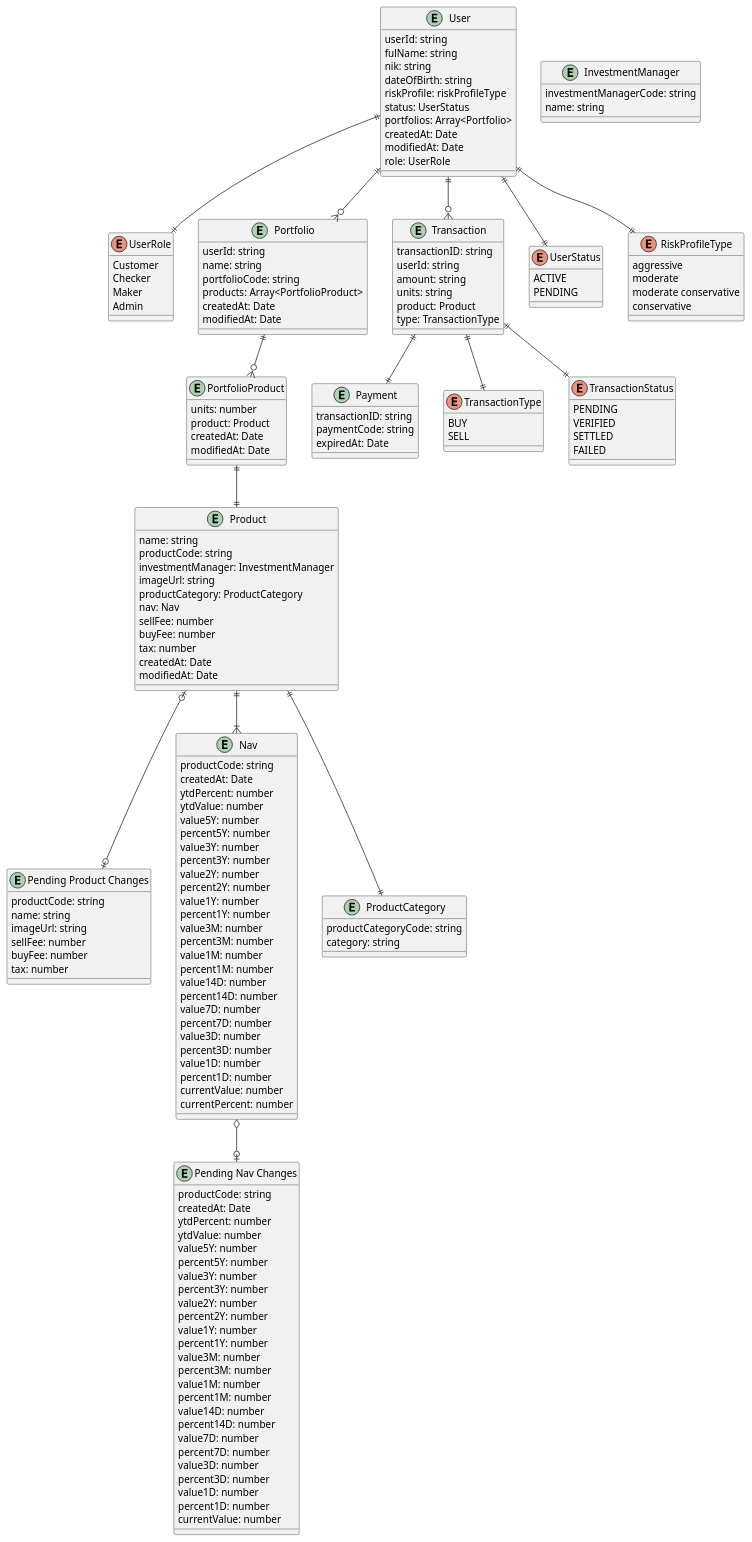
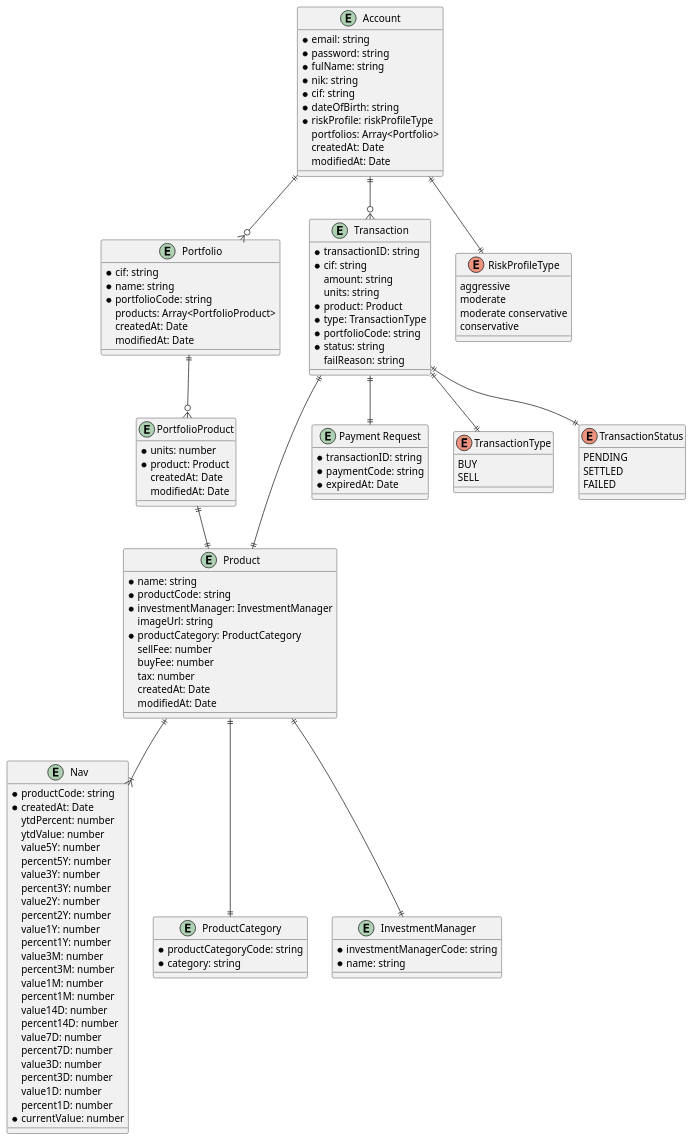
The diagram in database-design.puml (ilhamtubagus/mug-jakarta-mutual-funds), drawn with PlantUML before and after one commit. The commit also changed 1 other file, not shown here.

Commit message:
update database design and add schema validations

```diff
--- a/database-design.puml
+++ b/database-design.puml
@@ -1,182 +1,131 @@
 @startuml
 
-entity User {
-    userId: string
-    fulName: string
-    nik: string
-    dateOfBirth: string
-    riskProfile: riskProfileType
-    status: UserStatus
+entity Account {
+    *email: string
+    *password: string
+    *fulName: string
+    *nik: string
+    *cif: string
+    *dateOfBirth: string
+    *riskProfile: riskProfileType
     portfolios: Array<Portfolio>
     createdAt: Date
     modifiedAt: Date
-    role: UserRole
-}
-
-enum UserRole {
-    Customer
-    Checker
-    Maker
-    Admin
 }
 
 entity Portfolio {
-    userId: string
-    name: string
-    portfolioCode: string
+    *cif: string
+    *name: string
+    *portfolioCode: string
     products: Array<PortfolioProduct>
     createdAt: Date
     modifiedAt: Date
 }
 
 entity PortfolioProduct {
-    units: number
-    product: Product
+    *units: number
+    *product: Product
     createdAt: Date
     modifiedAt: Date
 }
 
 entity Product {
-    name: string
-    productCode: string
-    investmentManager: InvestmentManager
+    *name: string
+    *productCode: string
+    *investmentManager: InvestmentManager
     imageUrl: string
-    productCategory: ProductCategory
-    nav: Nav
+    *productCategory: ProductCategory
     sellFee: number
     buyFee: number
     tax: number
     createdAt: Date
     modifiedAt: Date
 }
 
-entity "Pending Product Changes" {
-    productCode: string
-    name: string
-    imageUrl: string
-    sellFee: number
-    buyFee: number
-    tax: number
-}
-
 entity Nav {
-    productCode: string
-    createdAt: Date
+    *productCode: string
+    *createdAt: Date
     ytdPercent: number
     ytdValue: number
     value5Y: number
     percent5Y: number
     value3Y: number
     percent3Y: number
     value2Y: number
     percent2Y: number
     value1Y: number
     percent1Y: number
     value3M: number
     percent3M: number
     value1M: number
     percent1M: number
     value14D: number
     percent14D: number
     value7D: number
     percent7D: number
     value3D: number
     percent3D: number
     value1D: number
     percent1D: number
-    currentValue: number
-    currentPercent: number
-}
-
-entity "Pending Nav Changes" {
-    productCode: string
-    createdAt: Date
-    ytdPercent: number
-    ytdValue: number
-    value5Y: number
-    percent5Y: number
-    value3Y: number
-    percent3Y: number
-    value2Y: number
-    percent2Y: number
-    value1Y: number
-    percent1Y: number
-    value3M: number
-    percent3M: number
-    value1M: number
-    percent1M: number
-    value14D: number
-    percent14D: number
-    value7D: number
-    percent7D: number
-    value3D: number
-    percent3D: number
-    value1D: number
-    percent1D: number
-    currentValue: number
+    *currentValue: number
 }
 
 entity ProductCategory {
-    productCategoryCode: string
-    category: string
+    *productCategoryCode: string
+    *category: string
 }
 
 entity Transaction {
-    transactionID: string
-    userId: string
+    *transactionID: string
+    *cif: string
     amount: string
     units: string
-    product: Product
-    type: TransactionType
+    *product: Product
+    *type: TransactionType
+    *portfolioCode: string
+    *status: string
+    failReason: string
 }
 
-entity Payment {
-    transactionID: string
-    paymentCode: string
-    expiredAt: Date
+entity "Payment Request" {
+    *transactionID: string
+    *paymentCode: string
+    *expiredAt: Date
 }
 
 enum TransactionType {
     BUY
     SELL
 }
 
 enum TransactionStatus {
     PENDING
-    VERIFIED
     SETTLED
     FAILED
-}
-
-enum UserStatus{
-    ACTIVE
-    PENDING
 }
 
 enum RiskProfileType{
     aggressive
     moderate
     moderate conservative
     conservative
 }
 
 entity InvestmentManager {
-    investmentManagerCode: string
-    name: string
+    *investmentManagerCode: string
+    *name: string
 }
 
 Product ||--|| ProductCategory
 Product ||--|{ Nav
 PortfolioProduct ||--|| Product
+Product ||--|| InvestmentManager
 Portfolio ||--o{ PortfolioProduct
-User ||--o{ Portfolio
-User ||--o{ Transaction
-User ||--|| UserStatus
+Account ||--o{ Portfolio
+Account ||--o{ Transaction
 Transaction ||--|| TransactionStatus
 Transaction ||--|| TransactionType
-User ||--|| RiskProfileType
-Transaction ||--|| Payment
-User ||--|| UserRole
-Product |o--o| "Pending Product Changes"
-Nav o--o| "Pending Nav Changes"
+Account ||--|| RiskProfileType
+Transaction ||--|| "Payment Request"
+Transaction ||--|| Product
 @enduml
```
